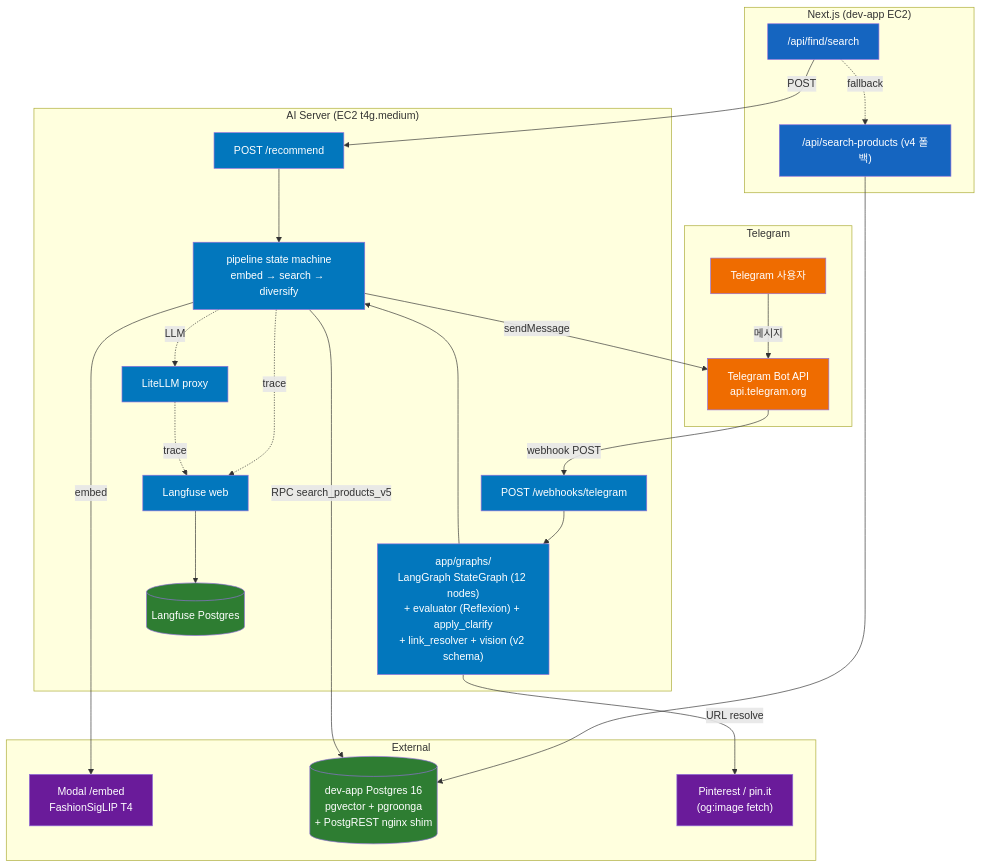
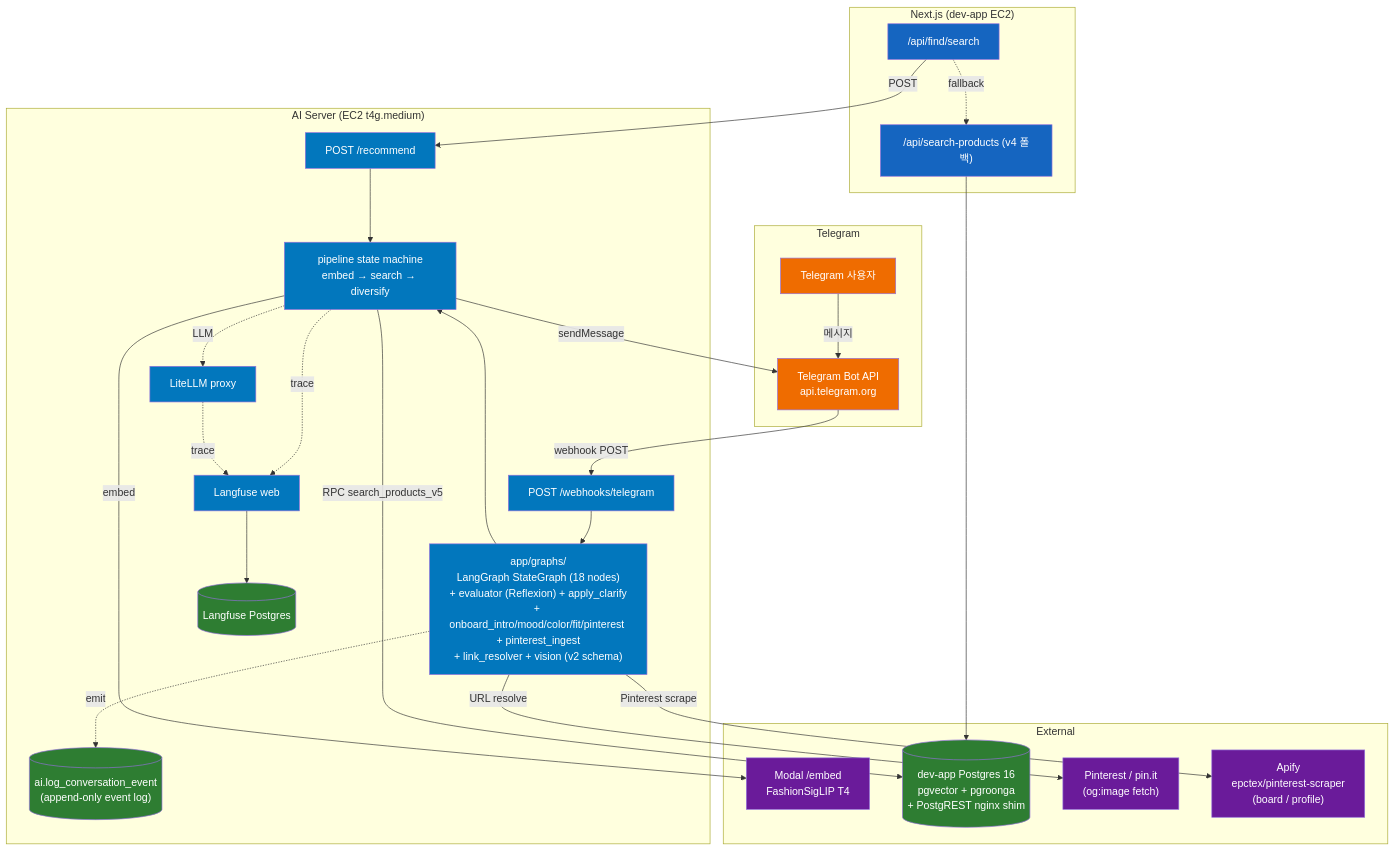
Before and after one commit to endurance-ai/ai-server: the diagram in docs/ARCHITECTURE.md, drawn with Mermaid. The commit also changed other lines of this file and 11 other files, not shown here.

````diff
--- a/docs/ARCHITECTURE.md
+++ b/docs/ARCHITECTURE.md
@@ -36,59 +36,63 @@
 ```mermaid
 graph TB
     subgraph App["Next.js (dev-app EC2)"]
         FIND["/api/find/search"]
         V4["/api/search-products (v4 폴백)"]
     end
 
     subgraph Chat["Telegram"]
         TG_USER["Telegram 사용자"]
         TG_API["Telegram Bot API<br/>api.telegram.org"]
     end
 
     subgraph AI["AI Server (EC2 t4g.medium)"]
         REC["POST /recommend"]
         WH["POST /webhooks/telegram"]
-        CHAN["app/graphs/<br/>LangGraph StateGraph (12 nodes)<br/>+ evaluator (Reflexion) + apply_clarify<br/>+ link_resolver + vision (v2 schema)"]
+        CHAN["app/graphs/<br/>LangGraph StateGraph (18 nodes)<br/>+ evaluator (Reflexion) + apply_clarify<br/>+ onboard_intro/mood/color/fit/pinterest + pinterest_ingest<br/>+ link_resolver + vision (v2 schema)"]
         PIPE["pipeline state machine<br/>embed → search → diversify"]
         LITELLM["LiteLLM proxy"]
         LFW["Langfuse web"]
         LFDB[("Langfuse Postgres")]
+        CONVLOG[("ai.log_conversation_event<br/>(append-only event log)")]
     end
 
     subgraph External["External"]
         MODAL["Modal /embed<br/>FashionSigLIP T4"]
         SB[("dev-app Postgres 16<br/>pgvector + pgroonga<br/>+ PostgREST nginx shim")]
         PIN["Pinterest / pin.it<br/>(og:image fetch)"]
+        APIFY["Apify<br/>epctex/pinterest-scraper<br/>(board / profile)"]
     end
 
     FIND -->|POST| REC
     FIND -.fallback.-> V4
     V4 --> SB
 
     TG_USER -->|메시지| TG_API
     TG_API -->|webhook POST| WH
     WH --> CHAN
     CHAN -->|URL resolve| PIN
+    CHAN -->|Pinterest scrape| APIFY
+    CHAN -. emit .-> CONVLOG
     CHAN --> PIPE
     PIPE -->|sendMessage| TG_API
 
     REC --> PIPE
     PIPE -->|embed| MODAL
     PIPE -->|RPC search_products_v5| SB
     PIPE -. trace .-> LFW
     PIPE -. LLM .-> LITELLM
     LITELLM -. trace .-> LFW
     LFW --> LFDB
 
     classDef app fill:#1565c0,color:#fff
     classDef ai fill:#0277bd,color:#fff
     classDef ext fill:#6a1b9a,color:#fff
     classDef data fill:#2e7d32,color:#fff
     classDef chat fill:#ef6c00,color:#fff
 
     class FIND,V4 app
     class REC,WH,CHAN,PIPE,LITELLM,LFW ai
-    class MODAL,PIN ext
-    class SB,LFDB data
+    class MODAL,PIN,APIFY ext
+    class SB,LFDB,CONVLOG data
     class TG_USER,TG_API chat
 ```
````
